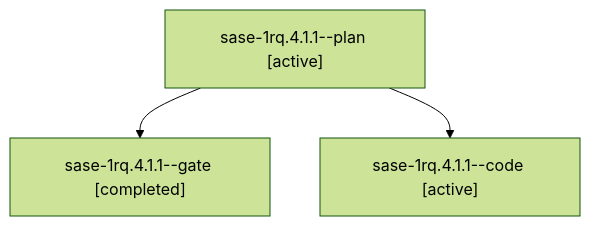
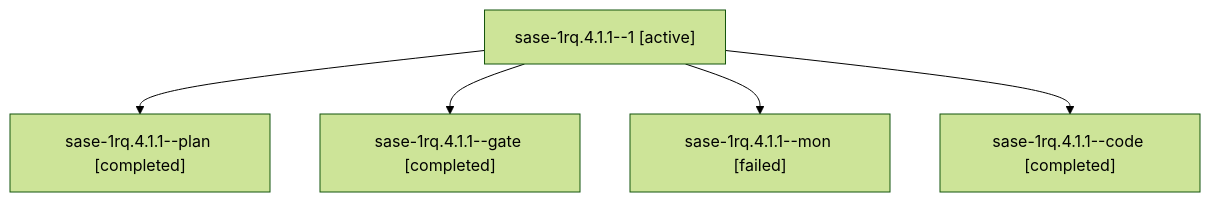
Before and after one commit to sase-org/sase--agents: the diagram in sessions/bbugyi200.athena.sase-1rq.4.1.1.md, drawn with Mermaid (forest theme). The commit also changed other lines of this file and 93 other files, not shown here.

````diff
--- a/sessions/bbugyi200.athena.sase-1rq.4.1.1.md
+++ b/sessions/bbugyi200.athena.sase-1rq.4.1.1.md
@@ -9,8 +9,12 @@
 ```mermaid
 flowchart TD
-  n0["sase-1rq.4.1.1--plan [active]"]
-  n1["sase-1rq.4.1.1--gate [completed]"]
+  n0["sase-1rq.4.1.1--1 [active]"]
+  n1["sase-1rq.4.1.1--plan [completed]"]
   n0 --> n1
-  n2["sase-1rq.4.1.1--code [active]"]
+  n2["sase-1rq.4.1.1--gate [completed]"]
   n0 --> n2
+  n3["sase-1rq.4.1.1--mon [failed]"]
+  n0 --> n3
+  n4["sase-1rq.4.1.1--code [completed]"]
+  n0 --> n4
 ```
````
